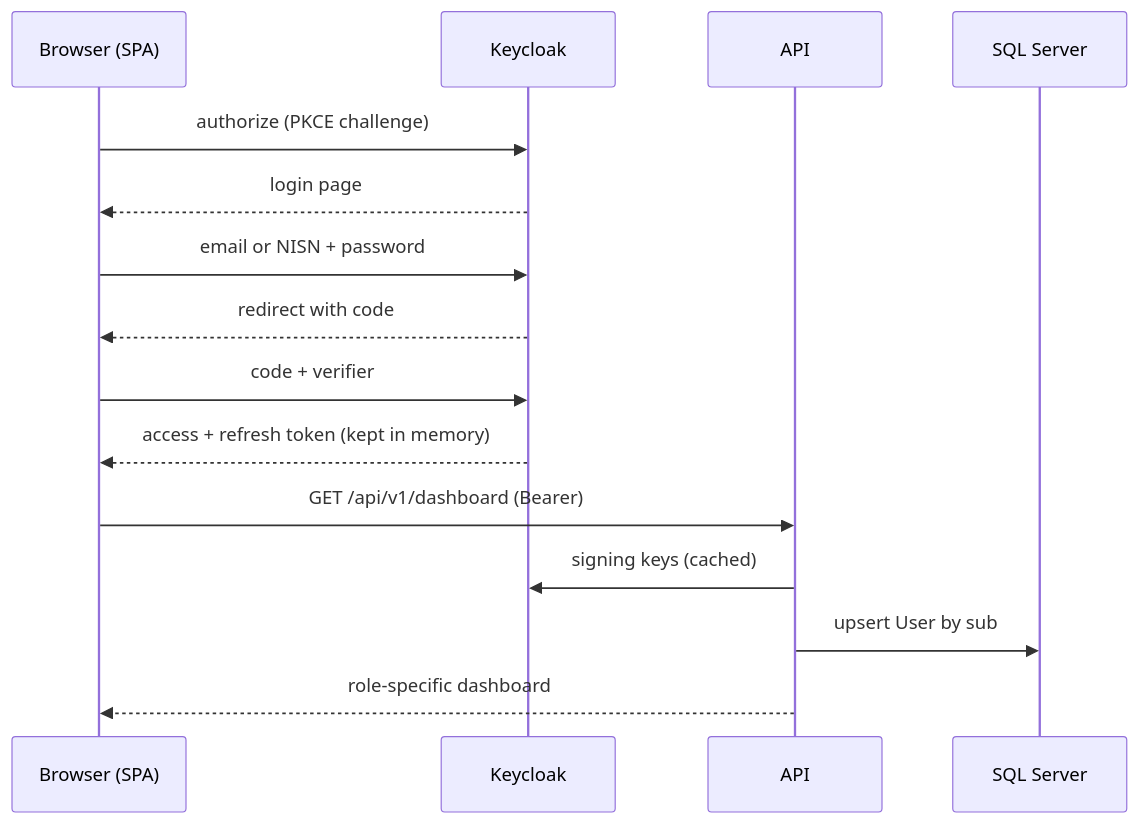
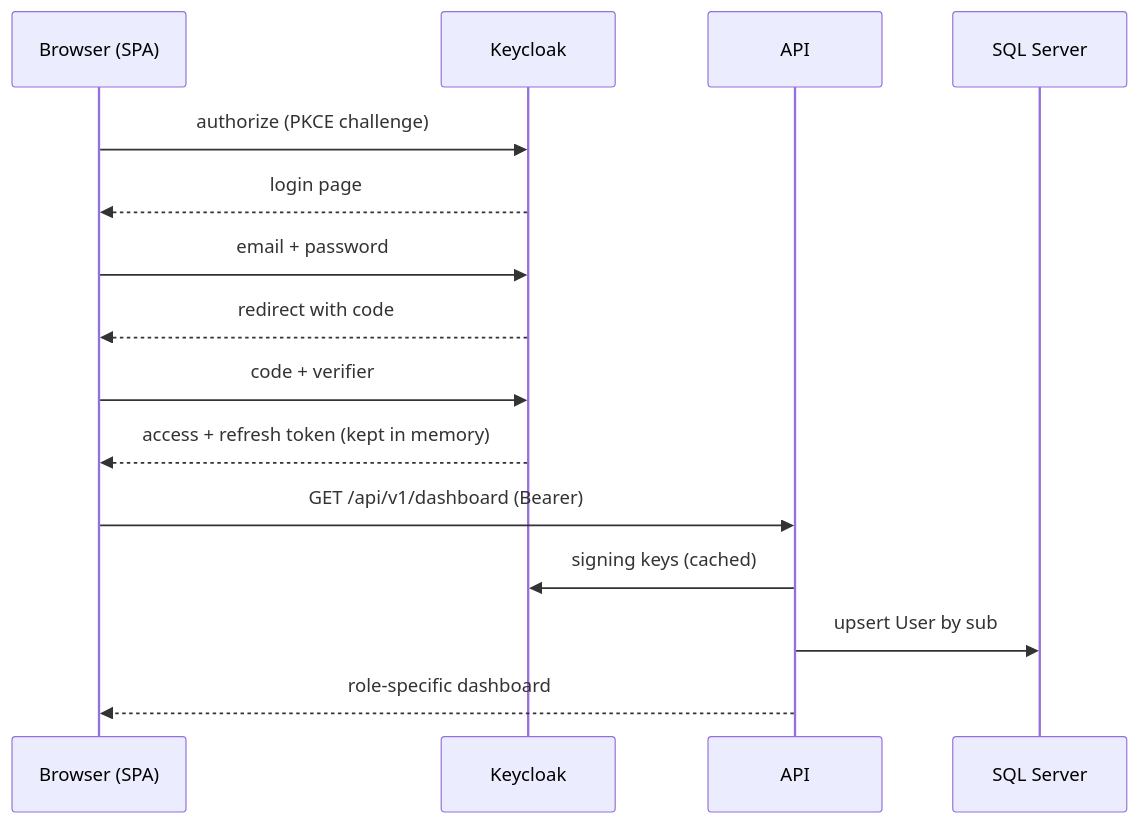
The eighth of 9 diagrams in docs/en/system-design.md (ridhwanhabib18/schomans), drawn with Mermaid before and after one commit. The commit also changed other lines of this file and 9 other files, not shown here.

````diff
--- a/docs/en/system-design.md
+++ b/docs/en/system-design.md
@@ -336,18 +557,18 @@
 ```mermaid
 %% Source: diagrams/sequences/login.mmd
 sequenceDiagram
   participant B as Browser (SPA)
   participant K as Keycloak
   participant A as API
   participant D as SQL Server
   B->>K: authorize (PKCE challenge)
   K-->>B: login page
-  B->>K: email or NISN + password
+  B->>K: email + password
   K-->>B: redirect with code
   B->>K: code + verifier
   K-->>B: access + refresh token (kept in memory)
   B->>A: GET /api/v1/dashboard (Bearer)
   A->>K: signing keys (cached)
   A->>D: upsert User by sub
   A-->>B: role-specific dashboard
 ```
````
